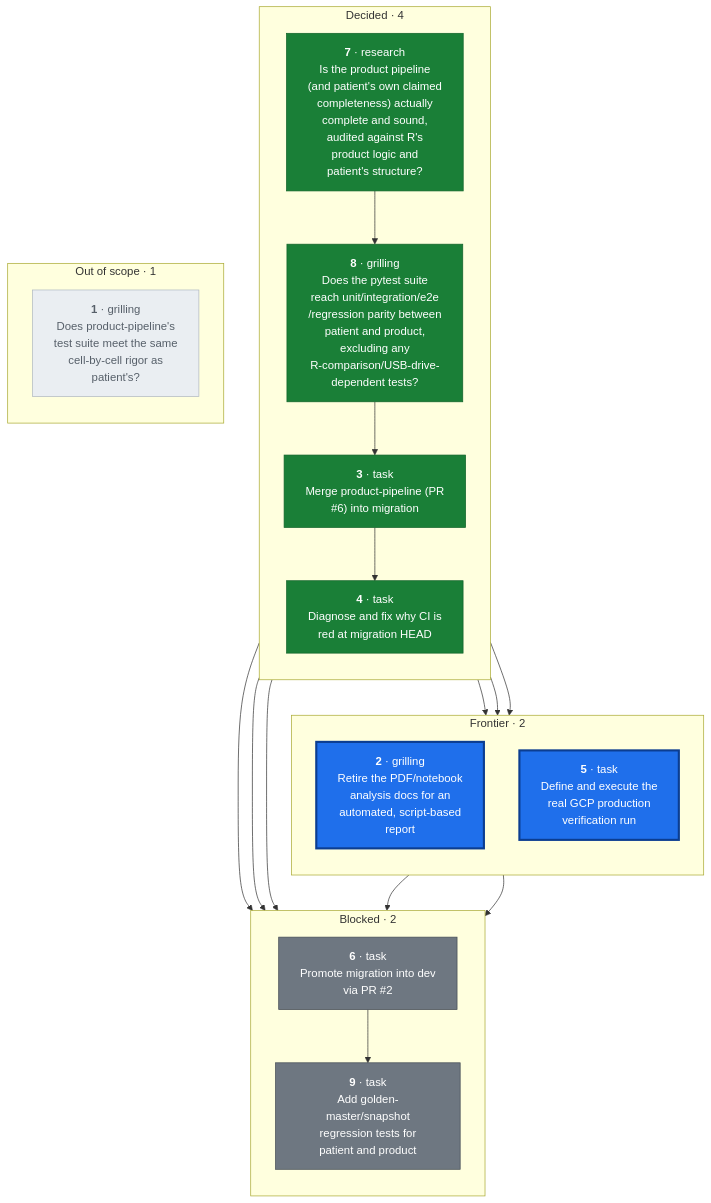
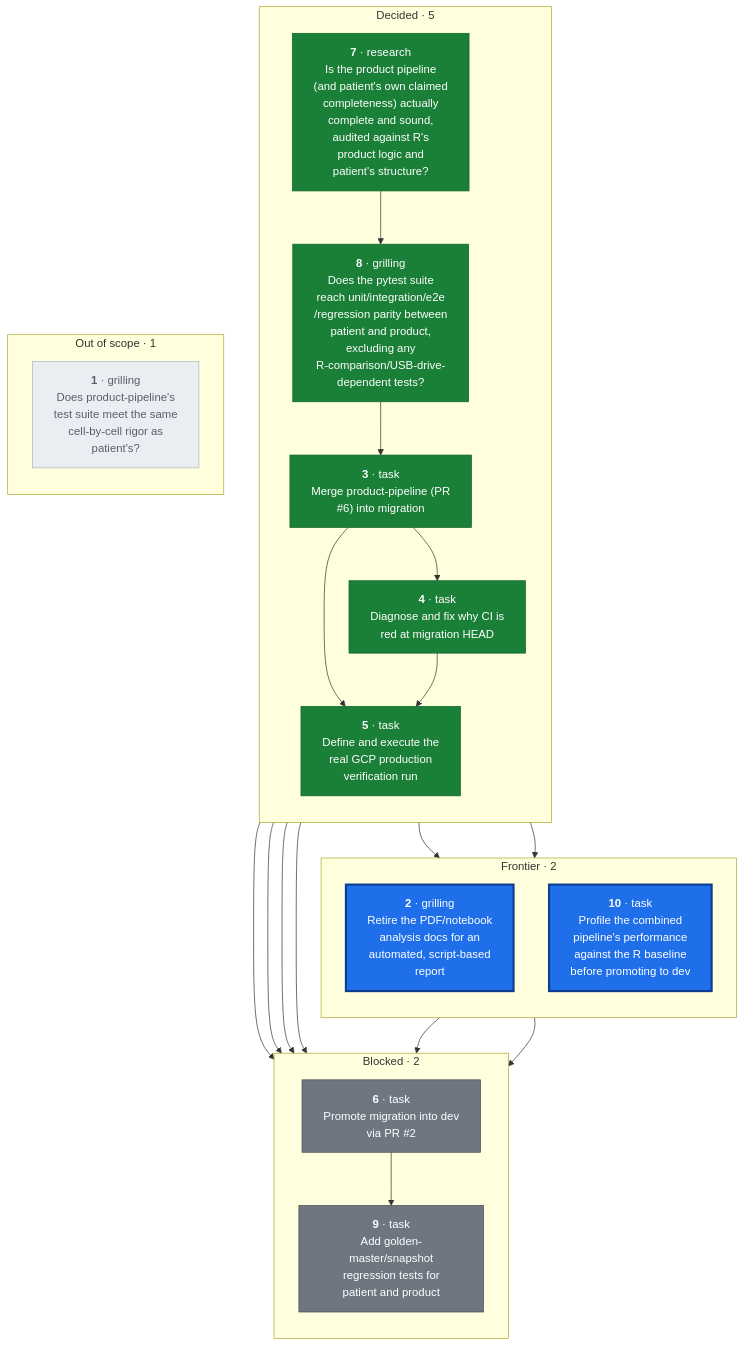
Before and after one commit to CorrelAid/a4d: the first of 2 diagrams in docs/wayfinder/map.md, drawn with Mermaid. The commit also changed other lines of this file and 7 other files, not shown here.

First line of the commit message:
Close wayfinder ticket 5: real GCP production run executed and verified

````diff
--- a/docs/wayfinder/map.md
+++ b/docs/wayfinder/map.md
@@ -23,46 +23,49 @@
 ```mermaid
 flowchart TD
   subgraph FRONTIER["Frontier · 2"]
     direction TB
     T2["<b>2</b> · grilling<br/>Retire the PDF/notebook<br/>analysis docs for an<br/>automated, script-based<br/>report"]
-    T5["<b>5</b> · task<br/>Define and execute the<br/>real GCP production<br/>verification run"]
+    T10["<b>10</b> · task<br/>Profile the combined<br/>pipeline's performance<br/>against the R baseline<br/>before promoting to dev"]
   end
   subgraph BLOCKED["Blocked · 2"]
     direction TB
     T6["<b>6</b> · task<br/>Promote migration into dev<br/>via PR #2"]
     T9["<b>9</b> · task<br/>Add golden-master/snapshot<br/>regression tests for<br/>patient and product"]
   end
-  subgraph DECIDED["Decided · 4"]
+  subgraph DECIDED["Decided · 5"]
     direction TB
     T3["<b>3</b> · task<br/>Merge product-pipeline (PR<br/>#6) into migration"]
     T4["<b>4</b> · task<br/>Diagnose and fix why CI is<br/>red at migration HEAD"]
+    T5["<b>5</b> · task<br/>Define and execute the<br/>real GCP production<br/>verification run"]
     T7["<b>7</b> · research<br/>Is the product pipeline<br/>(and patient's own claimed<br/>completeness) actually<br/>complete and sound,<br/>audited against R's<br/>product logic and<br/>patient's structure?"]
     T8["<b>8</b> · grilling<br/>Does the pytest suite<br/>reach unit/integration/e2e<br/>/regression parity between<br/>patient and product,<br/>excluding any<br/>R-comparison/USB-drive-<br/>dependent tests?"]
   end
   subgraph DROPPED["Out of scope · 1"]
     direction TB
     T1["<b>1</b> · grilling<br/>Does product-pipeline's<br/>test suite meet the same<br/>cell-by-cell rigor as<br/>patient's?"]
   end
 
   T2 --> T6
   T3 --> T2
   T3 --> T4
   T3 --> T5
   T3 --> T6
+  T3 --> T10
   T4 --> T5
   T4 --> T6
   T5 --> T6
   T6 --> T9
   T7 --> T8
   T8 --> T3
   T8 --> T6
+  T10 --> T6
 
   classDef frontier fill:#1f6feb,stroke:#0b3d91,stroke-width:3px,color:#ffffff
-  class T2,T5 frontier
+  class T2,T10 frontier
   classDef blocked fill:#6e7781,stroke:#424a53,stroke-width:1px,color:#ffffff
   class T6,T9 blocked
   classDef decided fill:#1a7f37,stroke:#116329,stroke-width:1px,color:#ffffff
-  class T3,T4,T7,T8 decided
+  class T3,T4,T5,T7,T8 decided
   classDef dropped fill:#eaeef2,stroke:#afb8c1,stroke-width:1px,color:#57606a
   class T1 dropped
 ```
````
